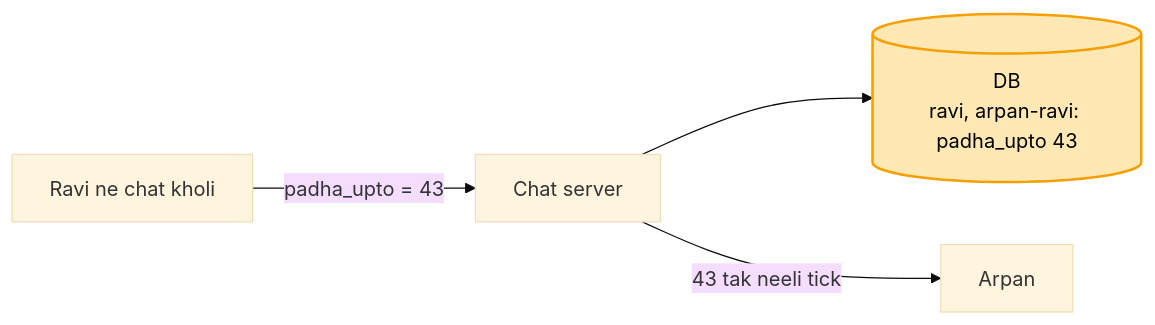
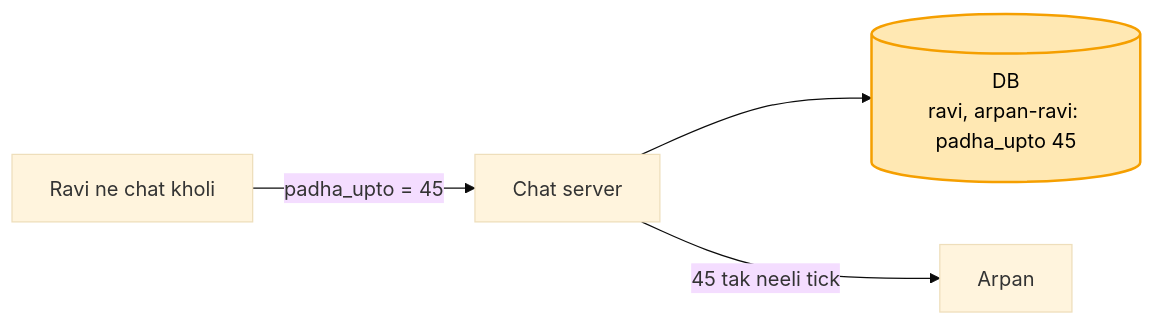
The ninth of 11 diagrams in 04_HLD/SYSTEM_DESIGNS/14_chat_messaging/14_chat_messaging.md (ArpanMaheshwari144/Prep), drawn with Mermaid (base theme) before and after one commit. The commit also changed other lines of this file and 1 other file, not shown here.

Commit message:
audit: banking + chat ki seedhi galtiyan (Postgres error, message number, diagram teer, CDN, last_seen)

````diff
--- a/04_HLD/SYSTEM_DESIGNS/14_chat_messaging/14_chat_messaging.md
+++ b/04_HLD/SYSTEM_DESIGNS/14_chat_messaging/14_chat_messaging.md
@@ -398,7 +398,7 @@
 ```mermaid
 flowchart LR
-    RV["Ravi ne chat kholi"] -- "padha_upto = 43" --> S["Chat server"]
-    S --> D[("DB<br/>ravi, arpan-ravi: padha_upto 43")]
-    S -- "43 tak neeli tick" --> A["Arpan"]
+    RV["Ravi ne chat kholi"] -- "padha_upto = 45" --> S["Chat server"]
+    S --> D[("DB<br/>ravi, arpan-ravi: padha_upto 45")]
+    S -- "45 tak neeli tick" --> A["Arpan"]
     style D fill:#ffe8b3,stroke:#f59f00,stroke-width:2px,color:#000
 ```
````
